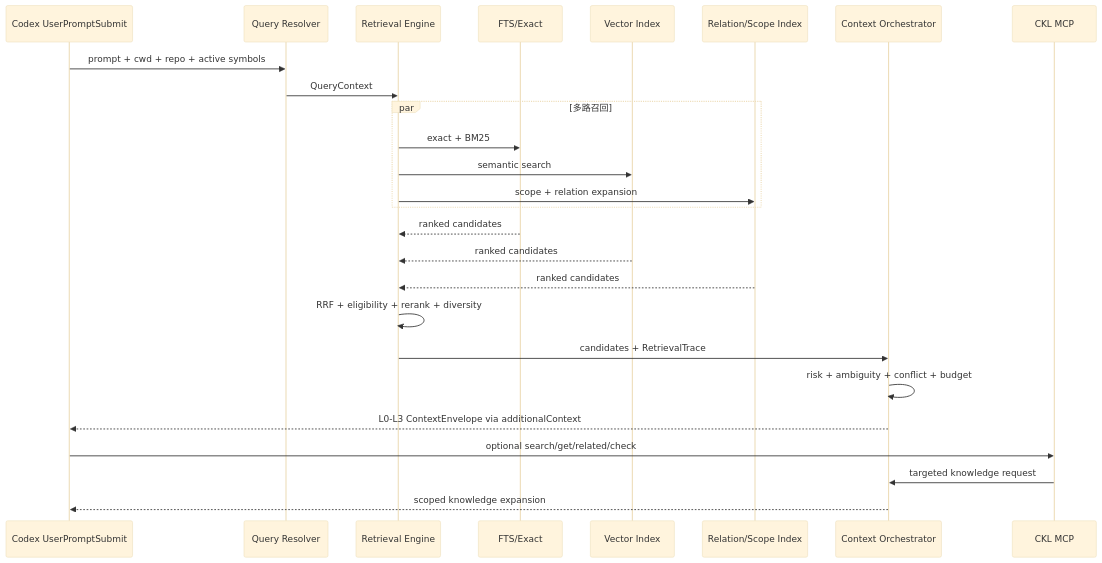
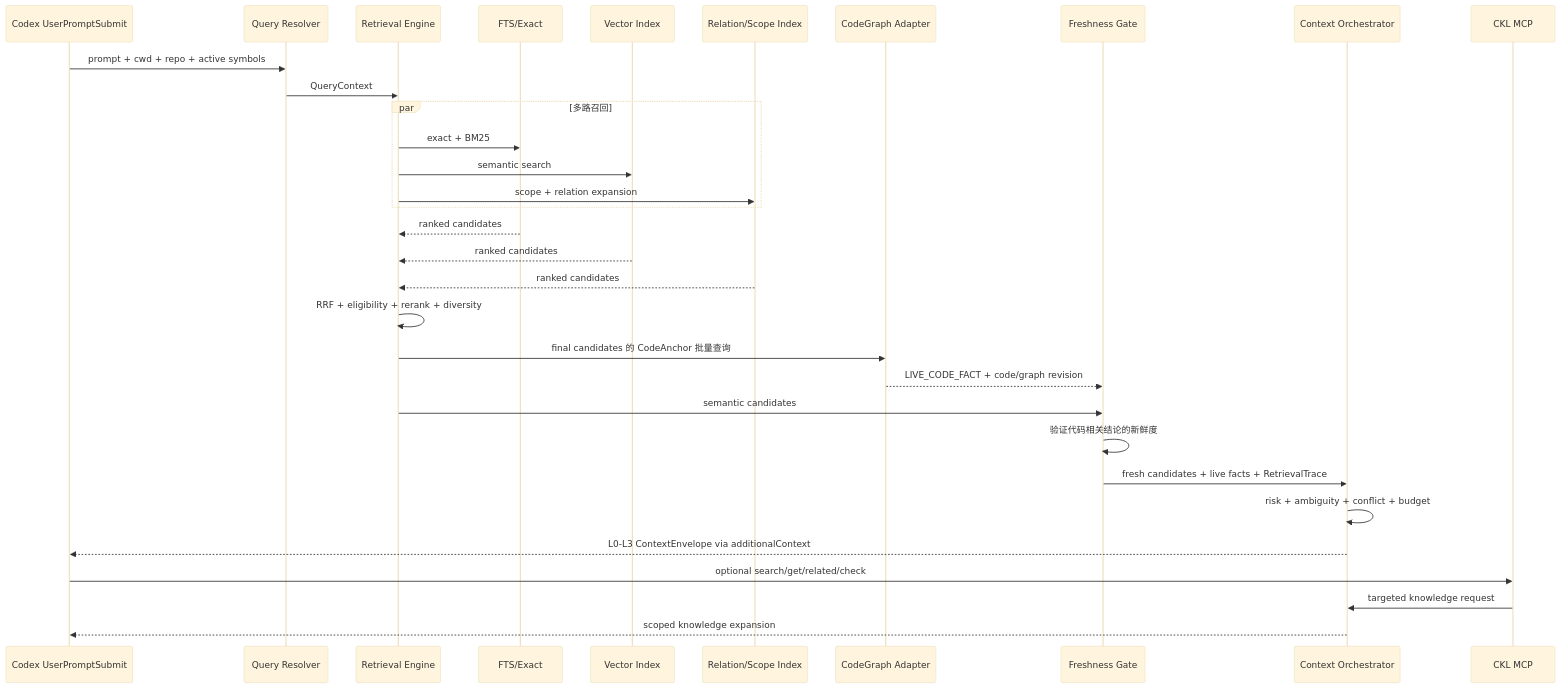
The seventh of 8 diagrams in docs/design/codex-knowledge-layer-tdd.md (smarteacup/ZhiLoop), drawn with Mermaid (base theme) before and after one commit. The commit also changed other lines of this file and 7 other files, not shown here.

Commit message:
docs: define CodeGraph as live code fact layer

````diff
--- a/docs/design/codex-knowledge-layer-tdd.md
+++ b/docs/design/codex-knowledge-layer-tdd.md
@@ -688,29 +704,35 @@
 ```mermaid
 sequenceDiagram
     participant C as Codex UserPromptSubmit
     participant Q as Query Resolver
     participant R as Retrieval Engine
     participant F as FTS/Exact
     participant V as Vector Index
     participant G as Relation/Scope Index
+    participant CG as CodeGraph Adapter
+    participant FG as Freshness Gate
     participant X as Context Orchestrator
     participant M as CKL MCP
 
     C->>Q: prompt + cwd + repo + active symbols
     Q->>R: QueryContext
     par 多路召回
         R->>F: exact + BM25
         R->>V: semantic search
         R->>G: scope + relation expansion
     end
     F-->>R: ranked candidates
     V-->>R: ranked candidates
     G-->>R: ranked candidates
     R->>R: RRF + eligibility + rerank + diversity
-    R->>X: candidates + RetrievalTrace
+    R->>CG: final candidates 的 CodeAnchor 批量查询
+    CG-->>FG: LIVE_CODE_FACT + code/graph revision
+    R->>FG: semantic candidates
+    FG->>FG: 验证代码相关结论的新鲜度
+    FG->>X: fresh candidates + live facts + RetrievalTrace
     X->>X: risk + ambiguity + conflict + budget
     X-->>C: L0-L3 ContextEnvelope via additionalContext
     C->>M: optional search/get/related/check
     M->>X: targeted knowledge request
     X-->>C: scoped knowledge expansion
 ```
````
